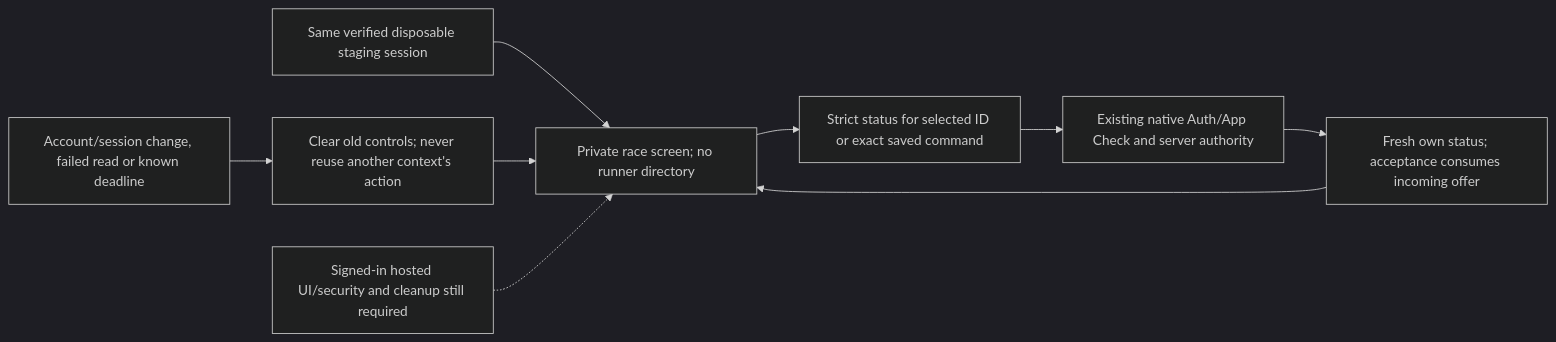
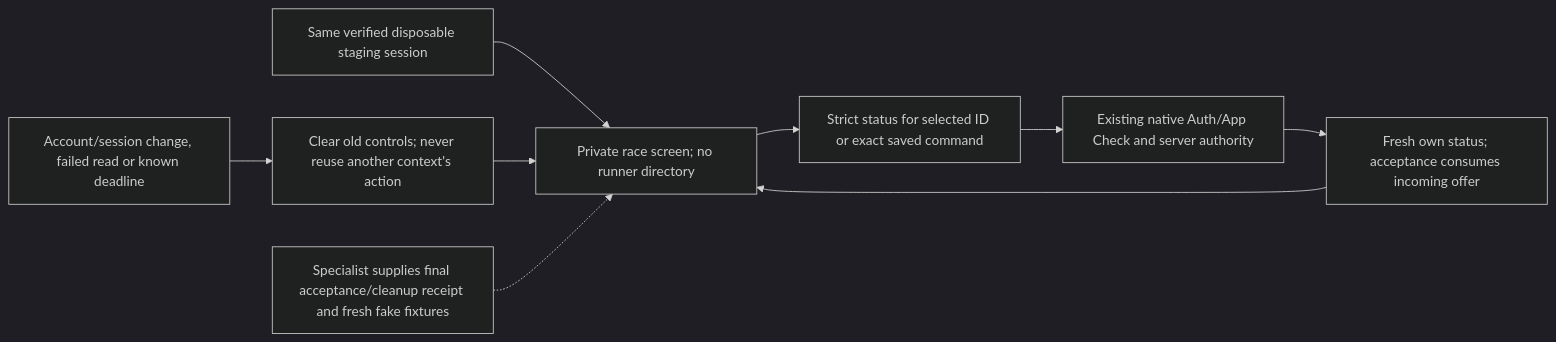
Before and after one commit to Run-MPRC/Run-MPRC.github.io: the first of 21 diagrams in docs/officers/SYSTEM_MAPS.md, drawn with Mermaid (dark theme). The commit also changed other lines of this file and 10 other files, not shown here.

````diff
--- a/docs/officers/SYSTEM_MAPS.md
+++ b/docs/officers/SYSTEM_MAPS.md
@@ -9,11 +9,11 @@
 ```mermaid
 flowchart LR
     Account["Same verified disposable staging session"] --> Screen["Private race screen; no runner directory"]
     Screen --> Read["Strict status for selected ID or exact saved command"]
     Read --> Server["Existing native Auth/App Check and server authority"]
     Server --> Fresh["Fresh own status; acceptance consumes incoming offer"]
     Fresh --> Screen
     Change["Account/session change, failed read or known deadline"] --> Hide["Clear old controls; never reuse another context's action"]
     Hide --> Screen
-    Gate["Signed-in hosted UI/security and cleanup still required"] -.-> Screen
+    Gate["Specialist supplies final acceptance/cleanup receipt and fresh fake fixtures"] -.-> Screen
 ```
````
